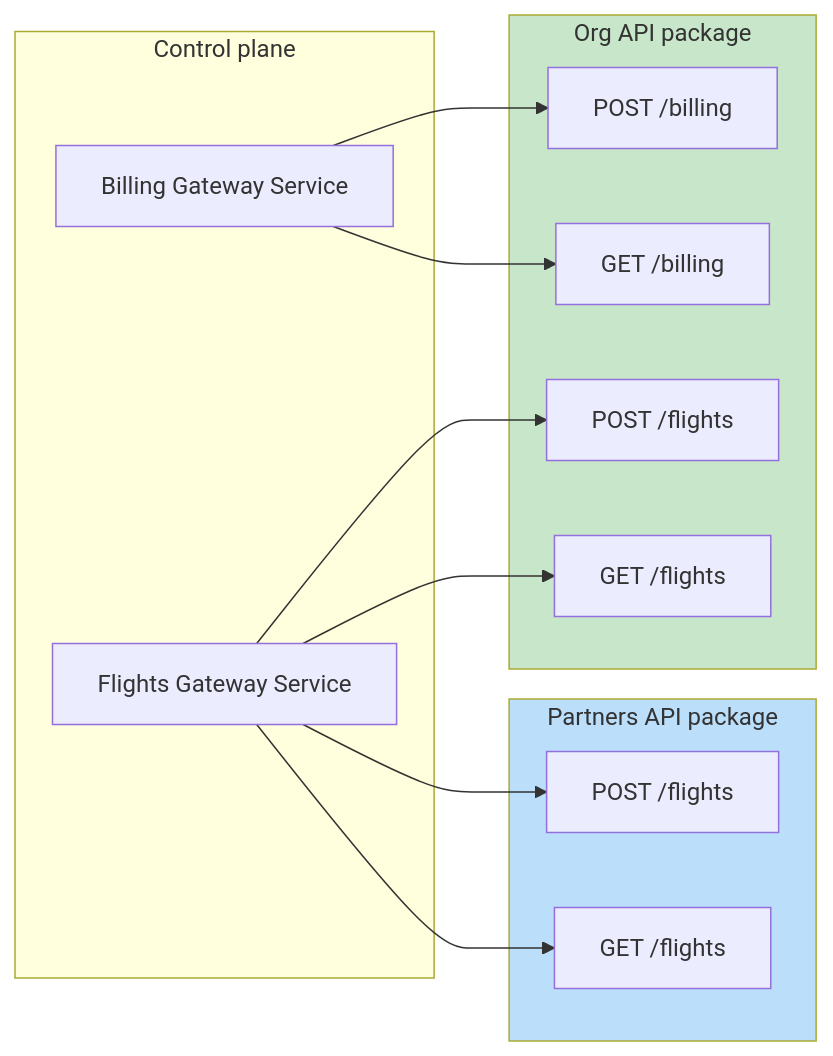
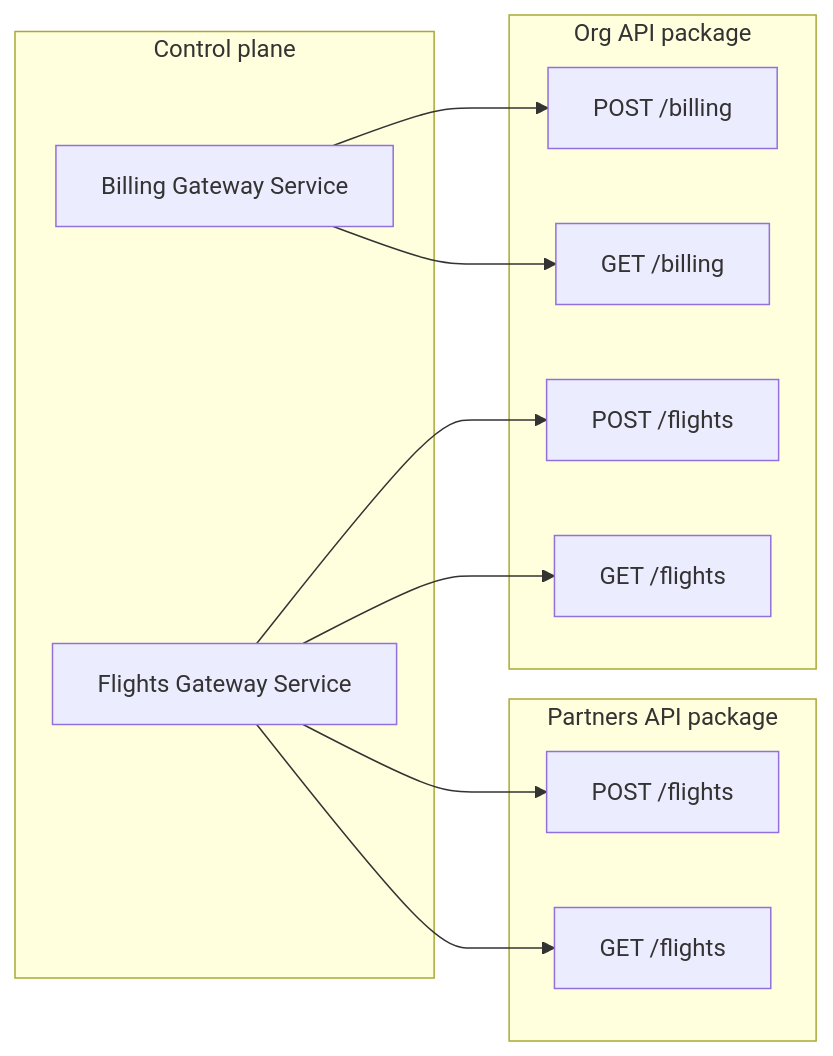
The diagram in app/catalog/api-packaging.md (Kong/developer.konghq.com), drawn with Mermaid before and after one commit. The commit also changed other lines of this file and 2 other files, not shown here.

```diff
--- a/app/catalog/api-packaging.md
+++ b/app/catalog/api-packaging.md
@@ -77,21 +78,19 @@
 {% mermaid %}
 flowchart LR
  subgraph subGraph0["Control plane"]
         1["Billing Gateway Service"]
         2["Flights Gateway Service"]
   end
  subgraph subGraph1["Partners API package"]
         3["POST /flights"]
         4["GET /flights"]
   end
  subgraph subGraph2["Org API package"]
         5["POST /billing"]
         6["GET /billing"]
         7["POST /flights"]
         8["GET /flights"]
   end
     1 --> 5 & 6
     2 --> 7 & 8 & 3 & 4
-    style subGraph2 fill:#C8E6C9
-    style subGraph1 fill:#BBDEFB
 {% endmermaid %}
```
